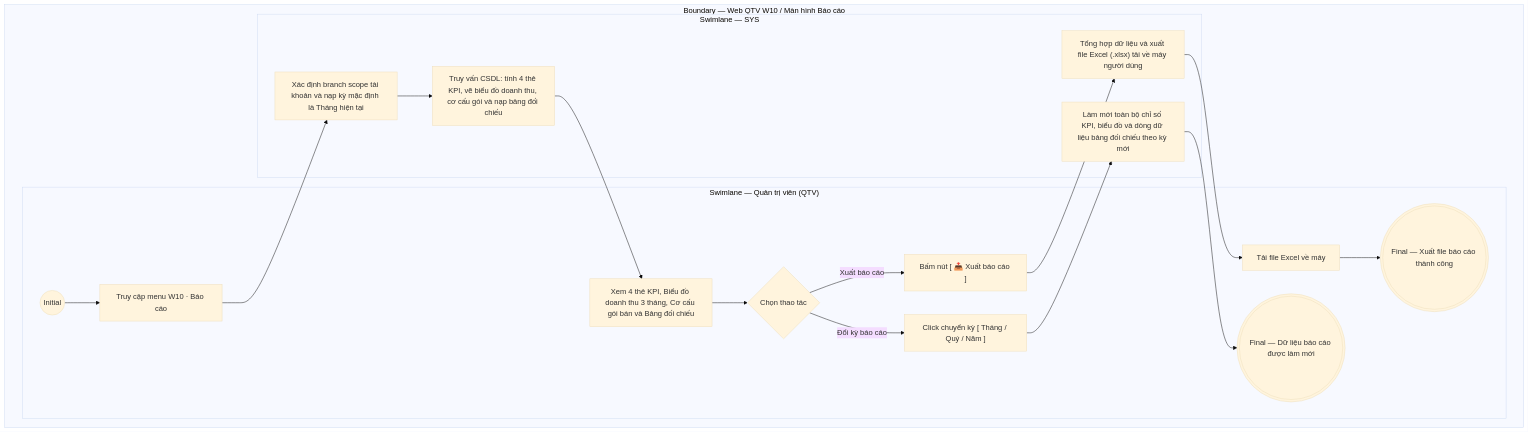
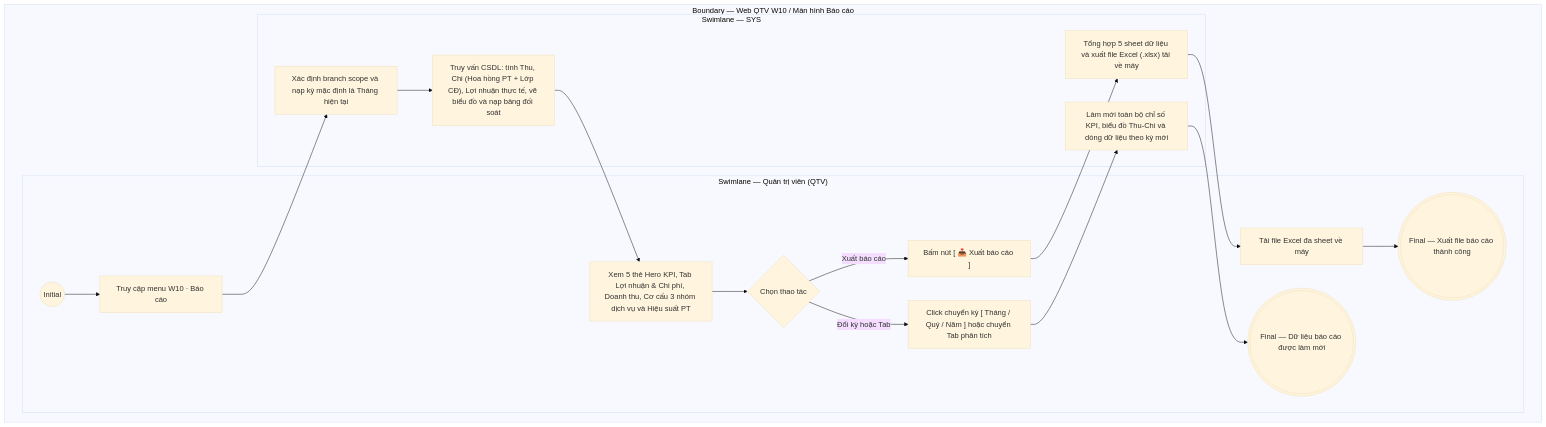
The diagram in docs/user-stories/qtv/QTV-W10-Báo cáo/QTV-W10-US01-Xem báo cáo tổng hợp.md (ThachY-23120411/Paradise-Gym-v2), drawn with Mermaid (base theme) before and after one commit. The commit also changed other lines of this file and 937 other files, not shown here.

````diff
--- a/docs/user-stories/qtv/QTV-W10-Báo cáo/QTV-W10-US01-Xem báo cáo tổng hợp.md
+++ b/docs/user-stories/qtv/QTV-W10-Báo cáo/QTV-W10-US01-Xem báo cáo tổng hợp.md
@@ -100,33 +120,33 @@
 ```mermaid
 flowchart TB
   subgraph B["Boundary — Web QTV W10 / Màn hình Báo cáo"]
     subgraph L0["Swimlane — Quản trị viên (QTV)"]
       I01(("Initial"))
       A01["Truy cập menu W10 · Báo cáo"]
-      A02["Xem 4 thẻ KPI, Biểu đồ doanh thu 3 tháng, Cơ cấu gói bán và Bảng đối chiếu"]
+      A02["Xem 5 thẻ Hero KPI, Tab Lợi nhuận & Chi phí, Doanh thu, Cơ cấu 3 nhóm dịch vụ và Hiệu suất PT"]
       A03{"Chọn thao tác"}
-      A04["Click chuyển kỳ [ Tháng / Quý / Năm ]"]
+      A04["Click chuyển kỳ [ Tháng / Quý / Năm ] hoặc chuyển Tab phân tích"]
       A05["Bấm nút [ 📥 Xuất báo cáo ]"]
-      A06["Tải file Excel về máy"]
+      A06["Tải file Excel đa sheet về máy"]
       F01((("Final — Dữ liệu báo cáo được làm mới")))
       F02((("Final — Xuất file báo cáo thành công")))
 
       I01 --> A01
       A02 --> A03
-      A03 -->|Đổi kỳ báo cáo| A04
+      A03 -->|Đổi kỳ hoặc Tab| A04
       A03 -->|Xuất báo cáo| A05
       A06 --> F02
     end
 
     subgraph L1["Swimlane — SYS"]
-      S01["Xác định branch scope tài khoản và nạp kỳ mặc định là Tháng hiện tại"]
-      S02["Truy vấn CSDL: tính 4 thẻ KPI, vẽ biểu đồ doanh thu, cơ cấu gói và nạp bảng đối chiếu"]
-      S03["Làm mới toàn bộ chỉ số KPI, biểu đồ và dòng dữ liệu bảng đối chiếu theo kỳ mới"]
-      S04["Tổng hợp dữ liệu và xuất file Excel (.xlsx) tải về máy người dùng"]
+      S01["Xác định branch scope và nạp kỳ mặc định là Tháng hiện tại"]
+      S02["Truy vấn CSDL: tính Thu, Chi (Hoa hồng PT + Lớp CĐ), Lợi nhuận thực tế, vẽ biểu đồ và nạp bảng đối soát"]
+      S03["Làm mới toàn bộ chỉ số KPI, biểu đồ Thu-Chi và dòng dữ liệu theo kỳ mới"]
+      S04["Tổng hợp 5 sheet dữ liệu và xuất file Excel (.xlsx) tải về máy"]
 
       A01 --> S01 --> S02 --> A02
       A04 --> S03 --> F01
       A05 --> S04 --> A06
     end
   end
 ```
````
